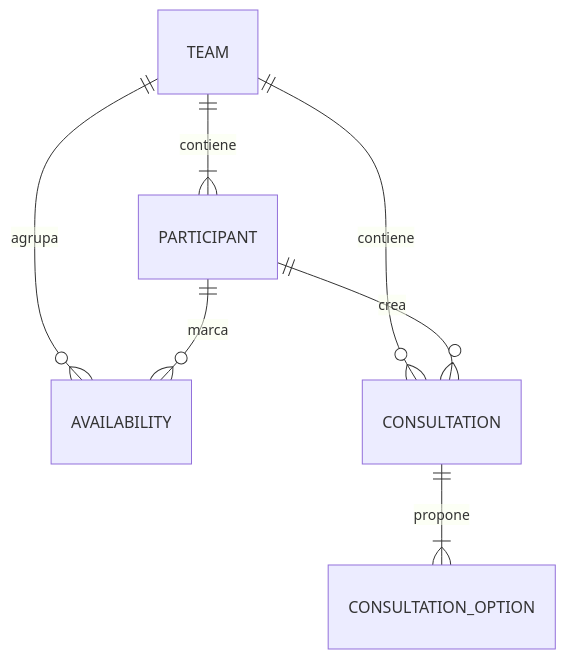
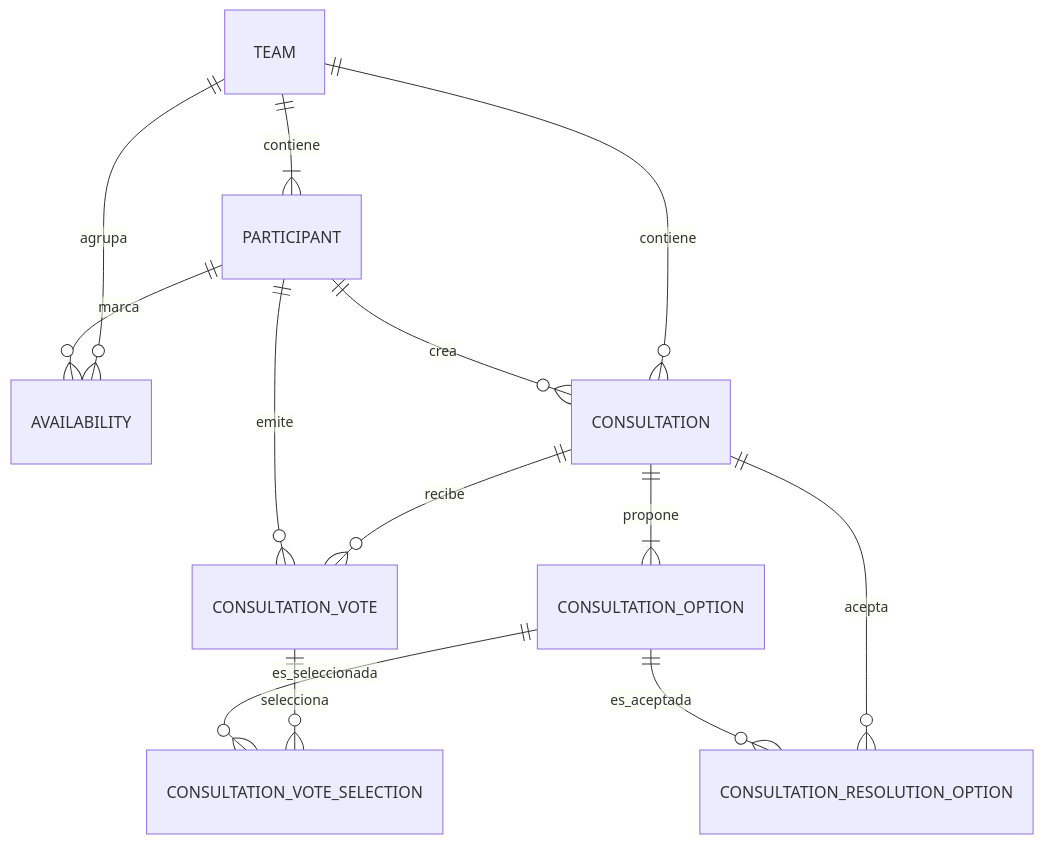
One commit to franciscoferrandez/SynqoApp changed the second of 2 diagrams in doc/architecture/api.md. Above: the diagram before and after it, drawn with Mermaid. The commit also changed other lines of this file and 7 other files, not shown here.

````diff
--- a/doc/architecture/api.md
+++ b/doc/architecture/api.md
@@ -39,9 +40,15 @@
 ```mermaid
 erDiagram
     TEAM ||--|{ PARTICIPANT : contiene
     TEAM ||--o{ AVAILABILITY : agrupa
     PARTICIPANT ||--o{ AVAILABILITY : marca
     TEAM ||--o{ CONSULTATION : contiene
     PARTICIPANT ||--o{ CONSULTATION : crea
     CONSULTATION ||--|{ CONSULTATION_OPTION : propone
+    CONSULTATION ||--o{ CONSULTATION_VOTE : recibe
+    PARTICIPANT ||--o{ CONSULTATION_VOTE : emite
+    CONSULTATION_VOTE ||--o{ CONSULTATION_VOTE_SELECTION : selecciona
+    CONSULTATION_OPTION ||--o{ CONSULTATION_VOTE_SELECTION : es_seleccionada
+    CONSULTATION ||--o{ CONSULTATION_RESOLUTION_OPTION : acepta
+    CONSULTATION_OPTION ||--o{ CONSULTATION_RESOLUTION_OPTION : es_aceptada
 ```
````
